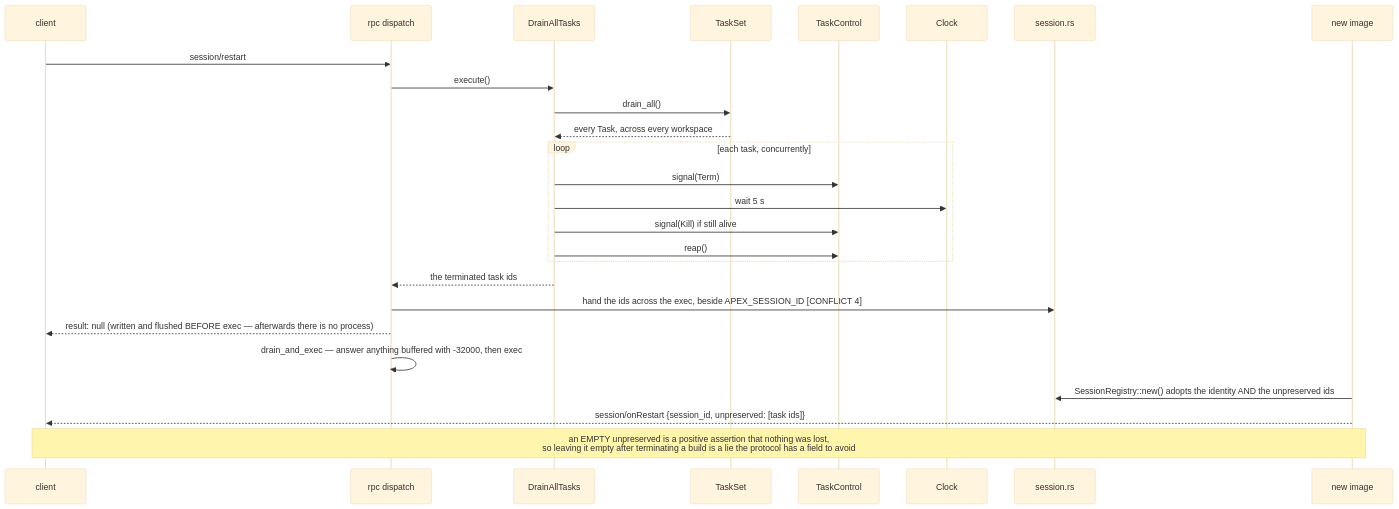
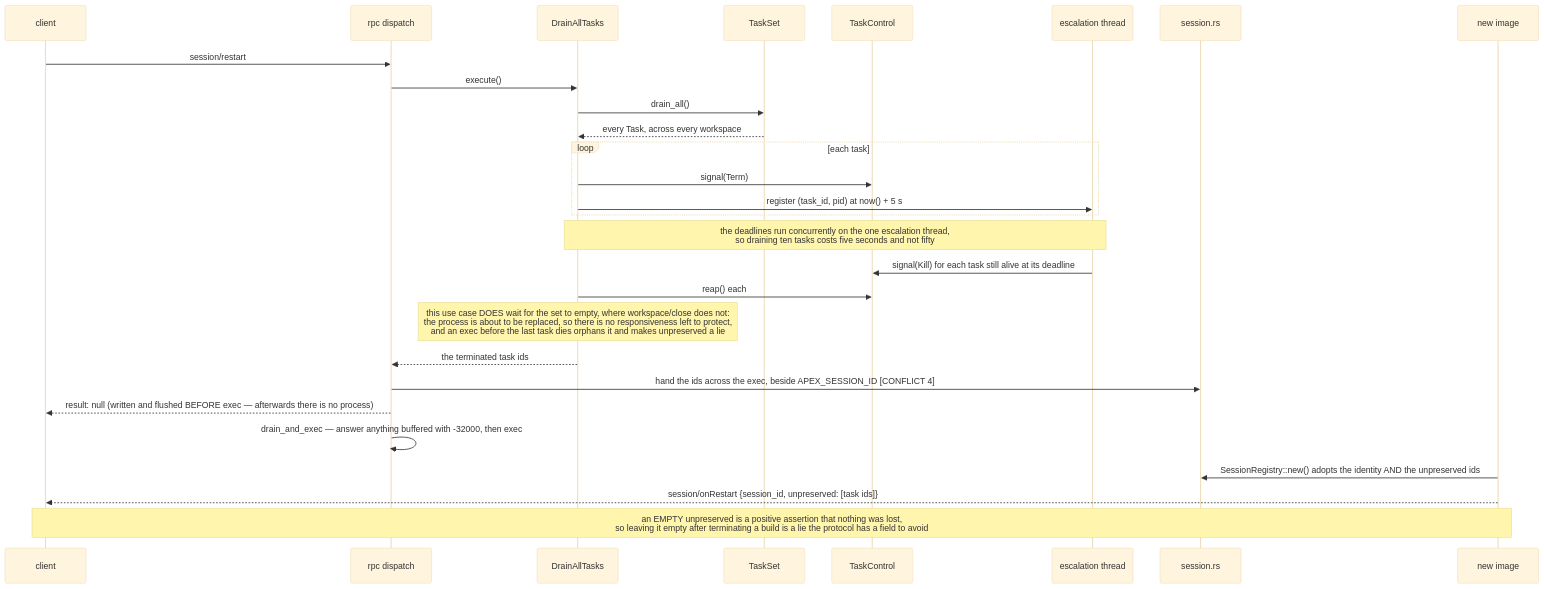
One commit to nbugash/project-apex changed the sixth of 9 diagrams in specs/007-execution-terminals/design.md. Above: the diagram before and after it, drawn with Mermaid (base theme). The commit also changed other lines of this file and 9 other files, not shown here.

````diff
--- a/specs/007-execution-terminals/design.md
+++ b/specs/007-execution-terminals/design.md
@@ -661,29 +672,31 @@
 ```mermaid
 sequenceDiagram
     participant C as client
     participant R as rpc dispatch
     participant D as DrainAllTasks
     participant S as TaskSet
     participant Ctl as TaskControl
-    participant K as Clock
+    participant E as escalation thread
     participant Sess as session.rs
     participant N as new image
 
     C->>R: session/restart
     R->>D: execute()
     D->>S: drain_all()
     S-->>D: every Task, across every workspace
-    loop each task, concurrently
+    loop each task
         D->>Ctl: signal(Term)
-        D->>K: wait 5 s
-        D->>Ctl: signal(Kill) if still alive
-        D->>Ctl: reap()
+        D->>E: register (task_id, pid) at now() + 5 s
     end
+    Note over D,E: the deadlines run concurrently on the one escalation thread,<br/>so draining ten tasks costs five seconds and not fifty
+    E->>Ctl: signal(Kill) for each task still alive at its deadline
+    D->>Ctl: reap() each
+    Note over D: this use case DOES wait for the set to empty, where workspace/close does not:<br/>the process is about to be replaced, so there is no responsiveness left to protect,<br/>and an exec before the last task dies orphans it and makes unpreserved a lie
     D-->>R: the terminated task ids
     R->>Sess: hand the ids across the exec, beside APEX_SESSION_ID [CONFLICT 4]
     R-->>C: result: null (written and flushed BEFORE exec — afterwards there is no process)
     R->>R: drain_and_exec — answer anything buffered with -32000, then exec
     N->>Sess: SessionRegistry::new() adopts the identity AND the unpreserved ids
     N-->>C: session/onRestart {session_id, unpreserved: [task ids]}
     Note over N,C: an EMPTY unpreserved is a positive assertion that nothing was lost,<br/>so leaving it empty after terminating a build is a lie the protocol has a field to avoid
 ```
````
